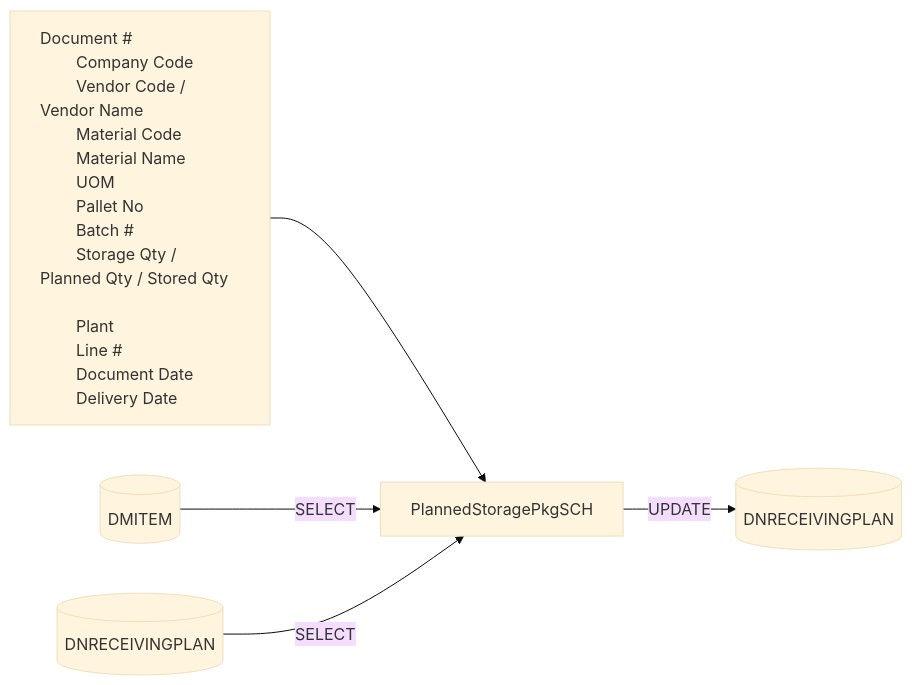
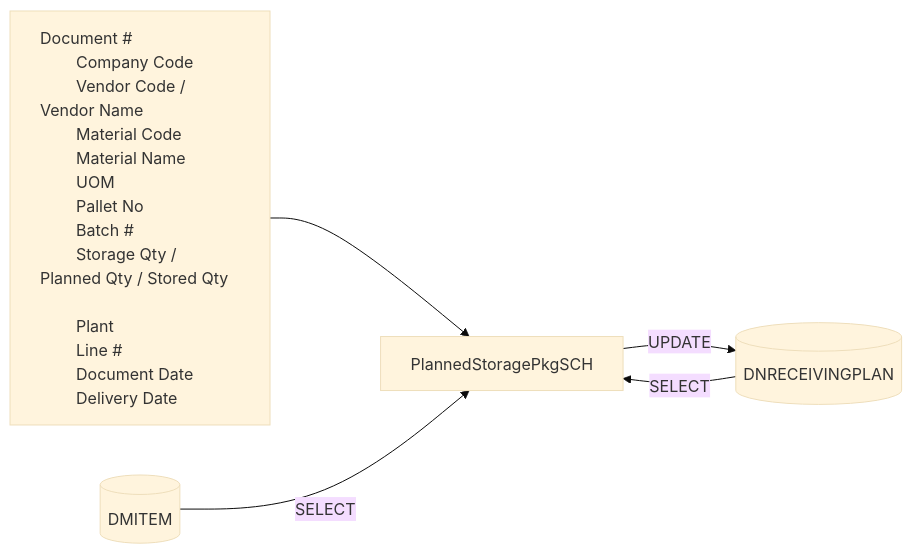
One commit to luthfiadityaa/SimeDarby-Wiki changed the first of 2 diagrams in Basic-Design/DFD-WMS/Storage/[SCREEN-ONLY]-Planned-Storage-Packaging-Material.md. Above: the diagram before and after it, drawn with Mermaid (base theme).

Commit message:
Updated [SCREEN ONLY] Planned Storage Packaging Material

```diff
--- a/Basic-Design/DFD-WMS/Storage/[SCREEN-ONLY]-Planned-Storage-Packaging-Material.md
+++ b/Basic-Design/DFD-WMS/Storage/[SCREEN-ONLY]-Planned-Storage-Packaging-Material.md
@@ -35,38 +35,34 @@
 ::: mermaid
 flowchart LR
     input[
         Document #
         Company Code
         Vendor Code / Vendor Name
         Material Code
         Material Name
         UOM
         Pallet No        
         Batch #
         Storage Qty / Planned Qty / Stored Qty        
         Plant
         Line #
         Document Date
         Delivery Date
     ]
 
     tableList-select[("
         DMITEM
     ")]
 
     tableList-select2[("
         DNRECEIVINGPLAN
     ")]
 
-    tableList-update[("
-        DNRECEIVINGPLAN
-    ")]
-
     className[PlannedStoragePkgSCH]
 
-    input --> className--> |UPDATE| tableList-update
+    input --> className--> |UPDATE| tableList-select2
     tableList-select--> |SELECT| className 
     tableList-select2--> |SELECT| className 
 
     style input text-align:left
 :::
```
